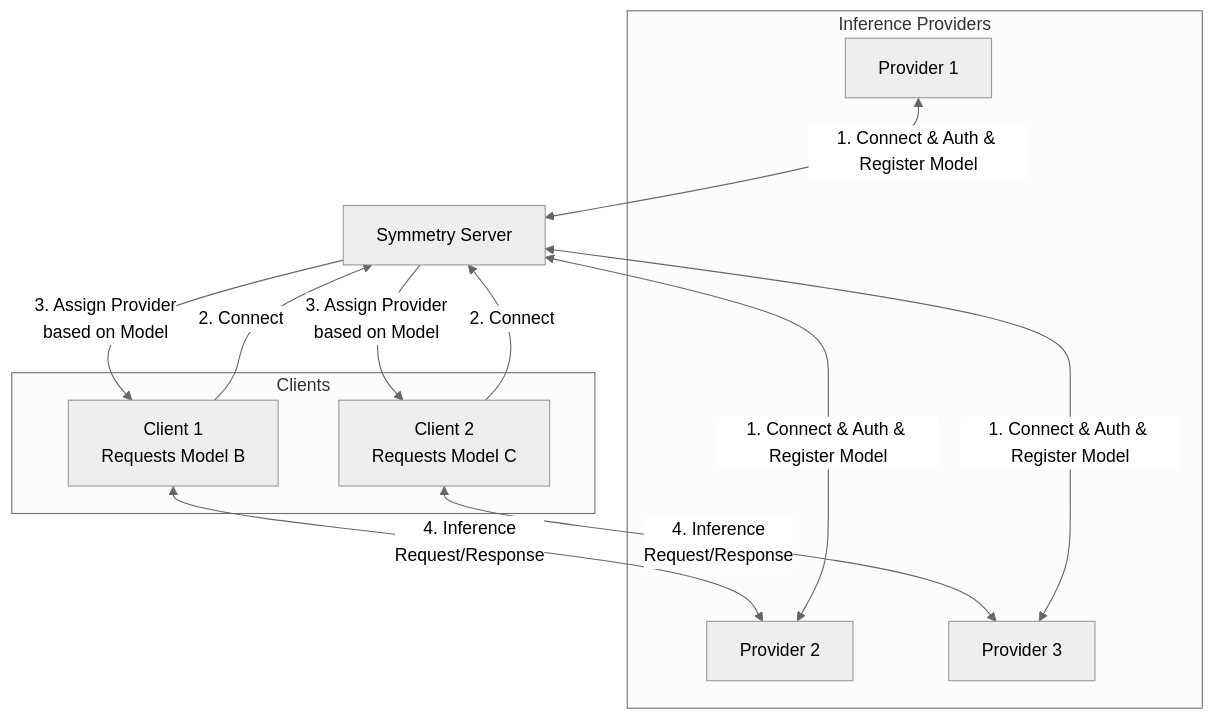
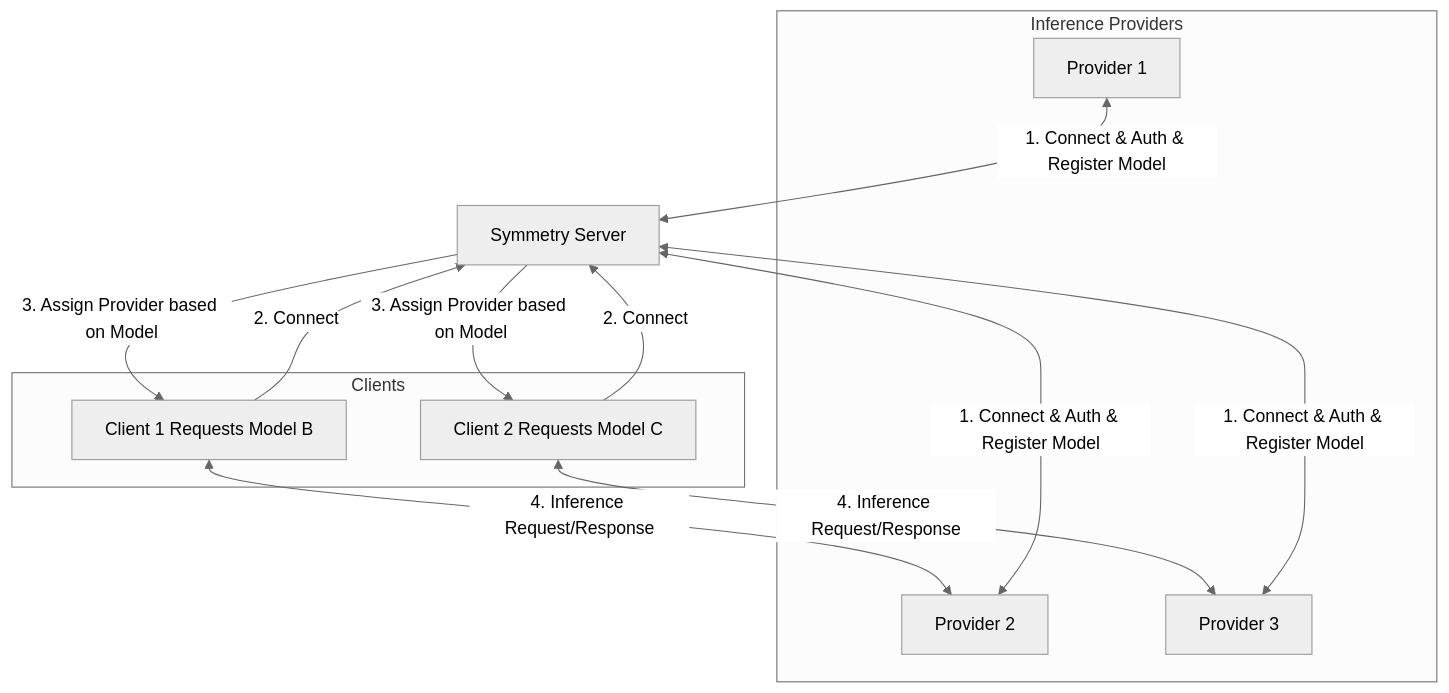
The diagram in readme.md (twinnydotdev/symmetry-cli), drawn with Mermaid (neutral theme) before and after one commit.

````diff
--- a/readme.md
+++ b/readme.md
@@ -85,28 +85,28 @@
 ```mermaid
 graph TB
     S[Symmetry Server]
     
     subgraph "Inference Providers"
         P1[Provider 1]
         P2[Provider 2]
         P3[Provider 3]
     end
     
     subgraph "Clients"
-        C1[Client 1<br/>Requests Model B]
-        C2[Client 2<br/>Requests Model C]
+        C1[Client 1 Requests Model B]
+        C2[Client 2 Requests Model C]
     end
     
     P1 <--> |"1. Connect & Auth & Register Model"| S
     P2 <--> |"1. Connect & Auth & Register Model"| S
     P3 <--> |"1. Connect & Auth & Register Model"| S
     
     C1 -- "2. Connect" --> S
     C2 -- "2. Connect" --> S
     
-    S -- "3. Assign Provider<br/>based on Model" --> C1
-    S -- "3. Assign Provider<br/>based on Model" --> C2
+    S -- "3. Assign Provider based on Model" --> C1
+    S -- "3. Assign Provider based on Model" --> C2
     
-    C1 <--> |"4. Inference<br/>Request/Response"| P2
-    C2 <--> |"4. Inference<br/>Request/Response"| P3
+    C1 <--> |"4. Inference Request/Response"| P2
+    C2 <--> |"4. Inference Request/Response"| P3
 ```
````
